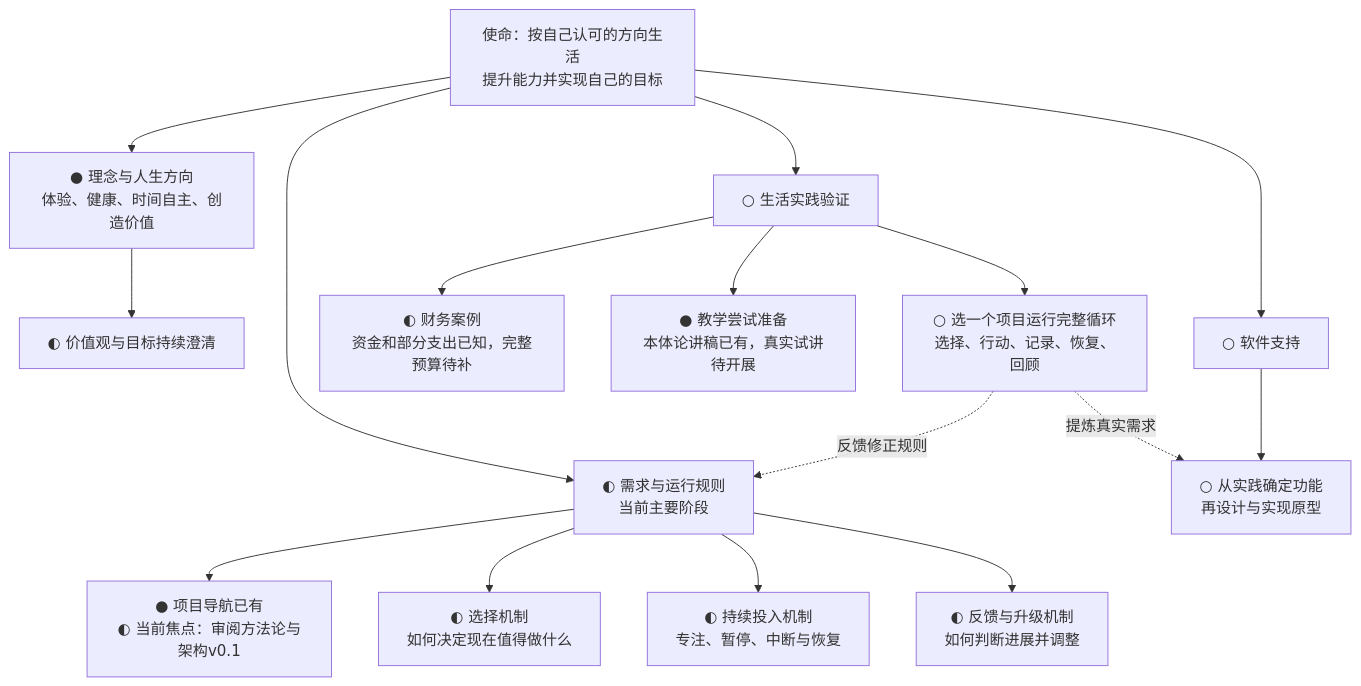
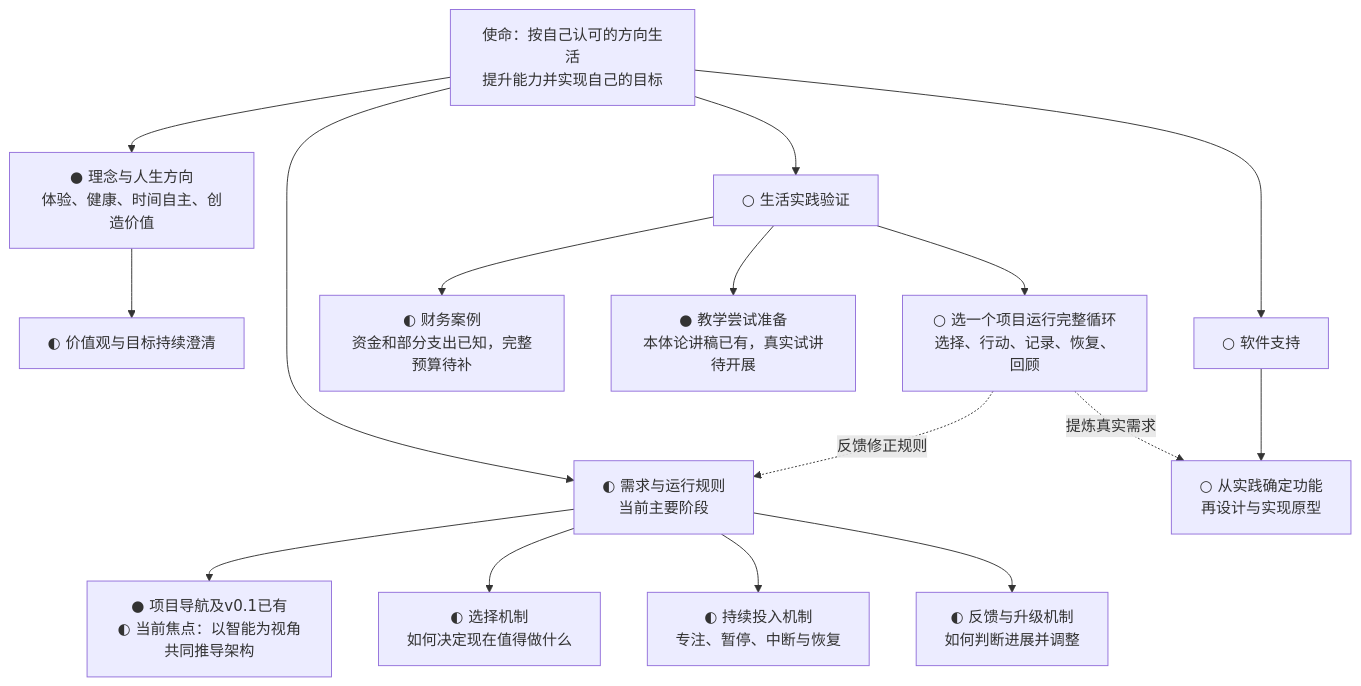
Before and after one commit to fangjiaqi2023-jpg/life-flywheel: the first of 2 diagrams in 项目/人生飞轮/项目推进图.md, drawn with Mermaid. The commit also changed other lines of this file, not shown here.

````diff
--- a/项目/人生飞轮/项目推进图.md
+++ b/项目/人生飞轮/项目推进图.md
@@ -11,22 +11,22 @@
 ```mermaid
 flowchart TD
     M[使命：按自己认可的方向生活<br/>提升能力并实现自己的目标]
     M --> A[● 理念与人生方向<br/>体验、健康、时间自主、创造价值]
     M --> B[◐ 需求与运行规则<br/>当前主要阶段]
     M --> C[○ 生活实践验证]
     M --> D[○ 软件支持]
 
     A --> A1[◐ 价值观与目标持续澄清]
-    B --> B0[● 项目导航已有<br/>◐ 当前焦点：审阅方法论与架构v0.1]
+    B --> B0[● 项目导航及v0.1已有<br/>◐ 当前焦点：以智能为视角共同推导架构]
     B --> B1[◐ 选择机制<br/>如何决定现在值得做什么]
     B --> B2[◐ 持续投入机制<br/>专注、暂停、中断与恢复]
     B --> B3[◐ 反馈与升级机制<br/>如何判断进展并调整]
 
     C --> C1[◐ 财务案例<br/>资金和部分支出已知，完整预算待补]
     C --> C2[● 教学尝试准备<br/>本体论讲稿已有，真实试讲待开展]
     C --> C3[○ 选一个项目运行完整循环<br/>选择、行动、记录、恢复、回顾]
     D --> D1[○ 从实践确定功能<br/>再设计与实现原型]
 
     C3 -.反馈修正规则.-> B
     C3 -.提炼真实需求.-> D1
 ```
````
